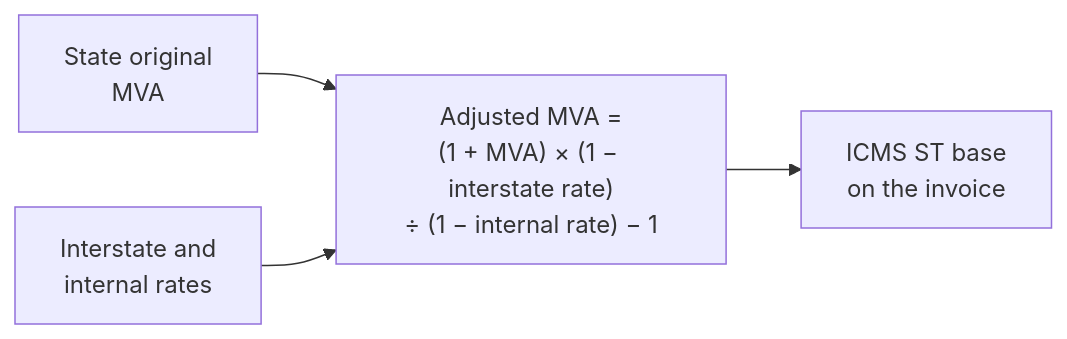
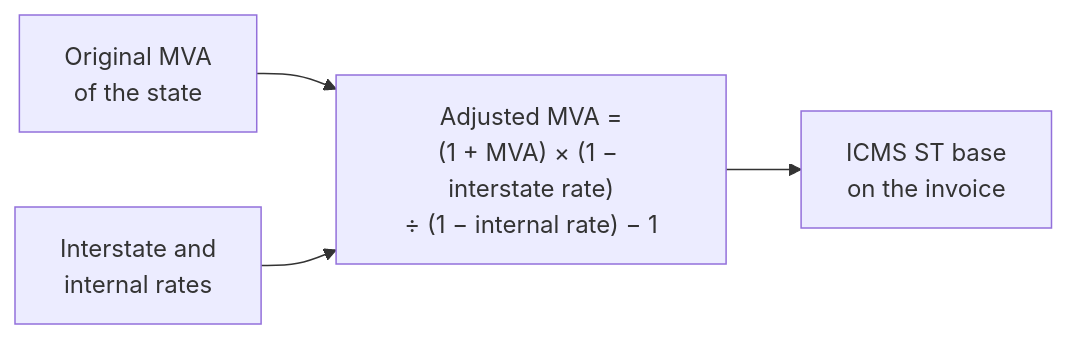
The first of 2 diagrams in en/cases/icms-st.md (thiagogardev/thiagogardev.github.io), drawn with Mermaid before and after one commit. The commit also changed other lines of this file and 3 other files, not shown here.

````diff
--- a/en/cases/icms-st.md
+++ b/en/cases/icms-st.md
@@ -35,6 +35,6 @@
 ```mermaid
 flowchart LR
-  O[State original<br/>MVA] --> F["Adjusted MVA =<br/>(1 + MVA) × (1 − interstate rate)<br/>÷ (1 − internal rate) − 1"]
+  O[Original MVA<br/>of the state] --> F["Adjusted MVA =<br/>(1 + MVA) × (1 − interstate rate)<br/>÷ (1 − internal rate) − 1"]
   A[Interstate and<br/>internal rates] --> F
   F --> B[ICMS ST base<br/>on the invoice]
 ```
````
